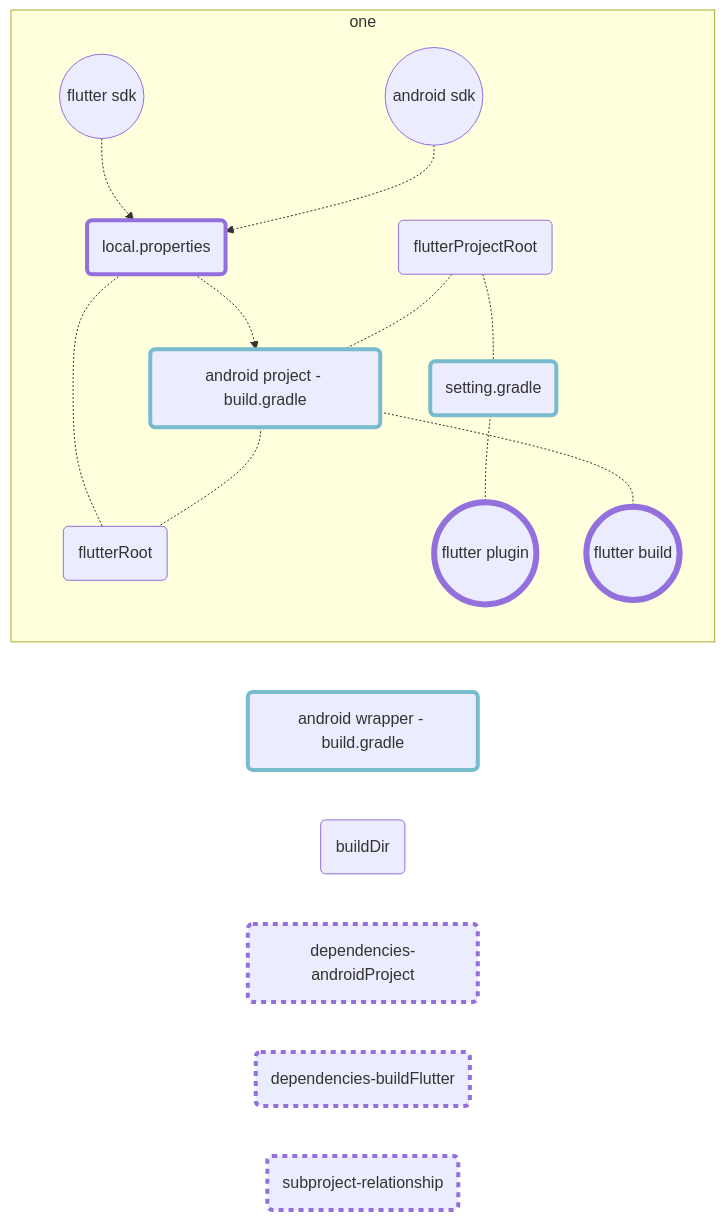
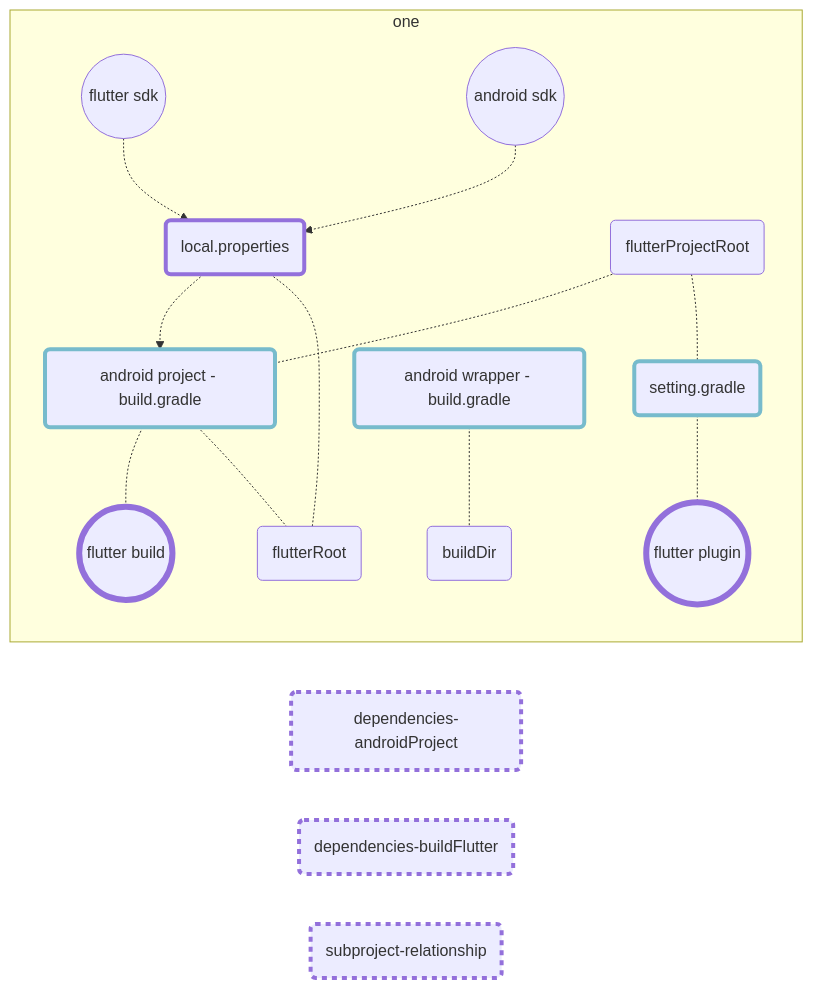
Before and after one commit to gordianknotC/nxp_note: the second of 3 diagrams in flutter/addAndroidProjIntoFlutter.md, drawn with Mermaid. The commit also changed other lines of this file, not shown here.

````diff
--- a/flutter/addAndroidProjIntoFlutter.md
+++ b/flutter/addAndroidProjIntoFlutter.md
@@ -241,45 +241,46 @@
 ```mermaid
 graph LR
 	fdk((flutter sdk))
 	adk((android sdk))
 	
 	fbuild((flutter build))
 	fpgn((flutter plugin))
 	style fbuild stroke-width:6px   
 	style fpgn stroke-width:6px 
 	
 	loc(local.properties)
 	style loc stroke-width:4px   
 	
 	set(setting.gradle)
 	b1(android wrapper - build.gradle)
 	b2(android project - build.gradle)
 	style b1 stroke-width:4px, stroke:#7bc
 	style b2 stroke-width:4px, stroke:#7bc
 	style set stroke-width:4px, stroke:#7bc
 
 	dfr(flutterRoot)
 	dfp(flutterProjectRoot)
 	dfb(buildDir)
 	
 	dandroid(dependencies-androidProject)
 	dflutter(dependencies-buildFlutter)
 	dsub(subproject-relationship)
 	style dandroid stroke-width:4px, stroke-dasharray: 5
 	style dflutter stroke-width:4px, stroke-dasharray: 5
 	style dsub stroke-width:4px, stroke-dasharray: 5
 	
 	subgraph one
+	b2 -.- fbuild
 	fdk -.-> loc
 	adk -.-> loc
 	loc -.-> b2
 	loc -.- dfr
 	b2 -.- dfr
 	dfp -.- b2
 	dfp -.- set
 	set -.- fpgn
-	b2 -.- fbuild
 	
+	b1 -.- dfb
 	end
 
 ```
````
